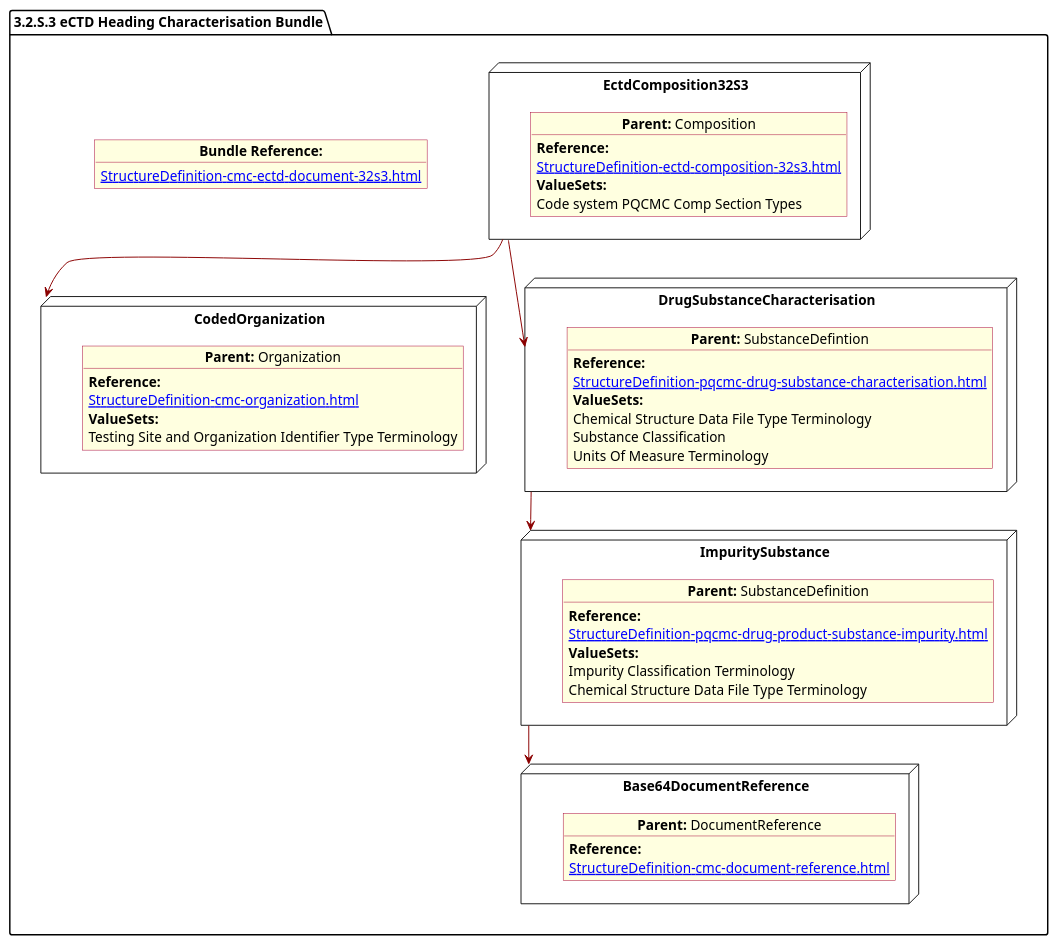
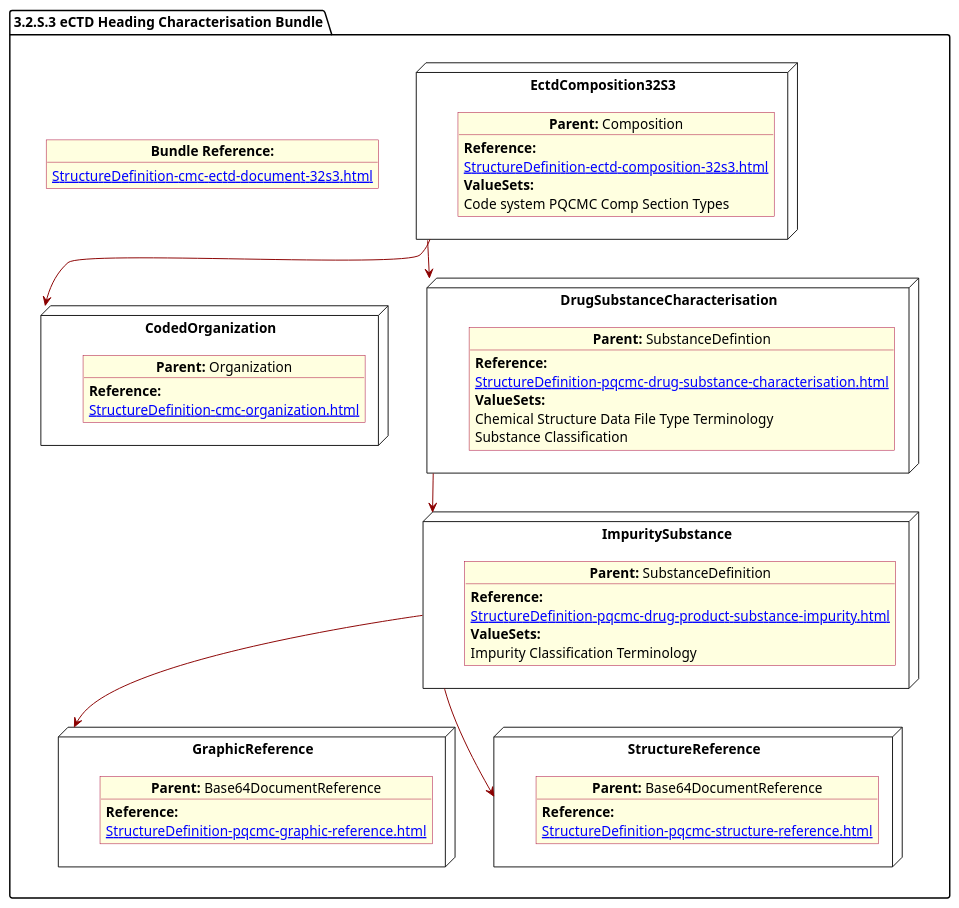
The diagram in input/images-source/SubstanceImpurity.plantuml (HL7/FHIR-us-pq-cmc-fda), drawn with PlantUML before and after one commit. The commit also changed 17 other files, not shown here.

```diff
--- a/input/images-source/SubstanceImpurity.plantuml
+++ b/input/images-source/SubstanceImpurity.plantuml
@@ -1,72 +1,76 @@
 @startuml SubstanceImpurity
 allowmixing
 'Mixed model of use case and object
 skinparam svgDimensionStyle false
 skinparam ObjectBackgroundColor LightYellow
 skinparam ObjectBorderColor #A80036
 skinparam activityDiamondBorderColor #A80036
 skinparam activityDiamondBackgroundColor lawnGreen
 skinparam ClassBorderThickness 4
 
 package "3.2.S.3 eCTD Heading Characterisation Bundle" as NODES {
   object "**Bundle Reference:**" as objbun {
     [[StructureDefinition-cmc-ectd-document-32s3.html]]
   }
 
   node "EctdComposition32S3" as N1 {
 
     object "**Parent:** Composition" as obj1 {
       **Reference:**
       [[StructureDefinition-ectd-composition-32s3.html]]
       **ValueSets:**
       Code system PQCMC Comp Section Types
     }
   }
   node "CodedOrganization" as NSO {
 
     object "**Parent:** Organization" as objAu {
       **Reference:**
       [[StructureDefinition-cmc-organization.html]]
-      **ValueSets:**
-      Testing Site and Organization Identifier Type Terminology
     }
   }
 
   node "DrugSubstanceCharacterisation" as NN {
 
     object "**Parent:** SubstanceDefintion" as obj3 {
 
       **Reference:**
       [[StructureDefinition-pqcmc-drug-substance-characterisation.html]]
       **ValueSets:**
       Chemical Structure Data File Type Terminology
       Substance Classification
-      Units Of Measure Terminology
+
     }
   }
 
   node "ImpuritySubstance" as N6 {
 
     object "**Parent:** SubstanceDefinition" as obj2 {
       **Reference:**
       [[StructureDefinition-pqcmc-drug-product-substance-impurity.html]]
       **ValueSets:**
       Impurity Classification Terminology
-      Chemical Structure Data File Type Terminology
     }
   }
-  node "Base64DocumentReference" as NB64 {
+  node "GraphicReference" as NB64 {
 
-    object "**Parent:** DocumentReference"  as obj64 {
+    object "**Parent:** Base64DocumentReference"  as obj64 {
+      **Reference:**
+      [[StructureDefinition-pqcmc-graphic-reference.html]]
+    }
+  }
+  node "StructureReference" as NBstruc {
 
+    object "**Parent:** Base64DocumentReference"  as objb64 {
       **Reference:**
-      [[StructureDefinition-cmc-document-reference.html]]
+      [[StructureDefinition-pqcmc-structure-reference.html]]
     }
+  }
 
-  }
   N1 -[#darkred]-> NSO
   NN -[#darkred]-> N6
   N1 -[#darkred]-> NN
   N6 -[#darkred]-> NB64
+  N6 -[#darkred]-> NBstruc
 }
 @enduml
```
